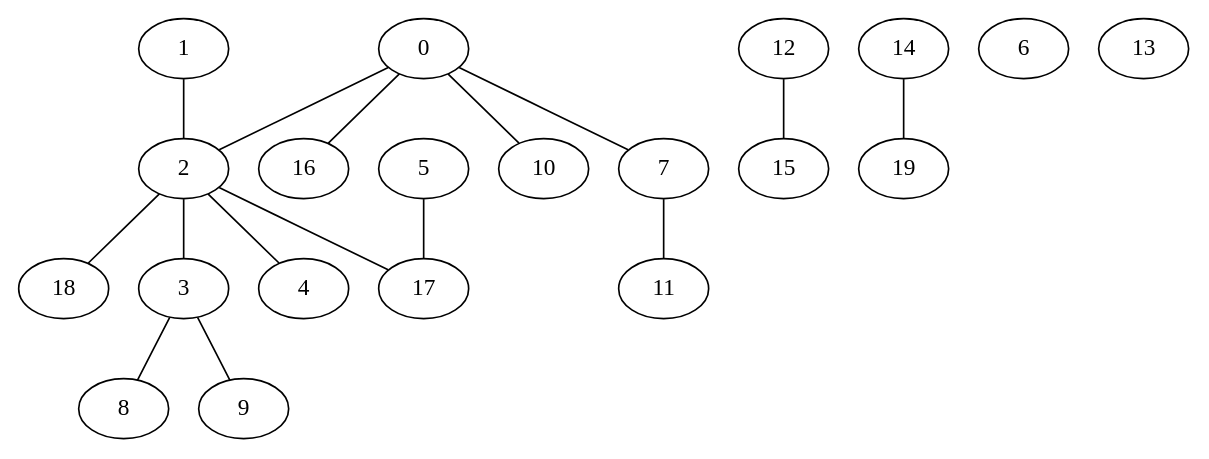
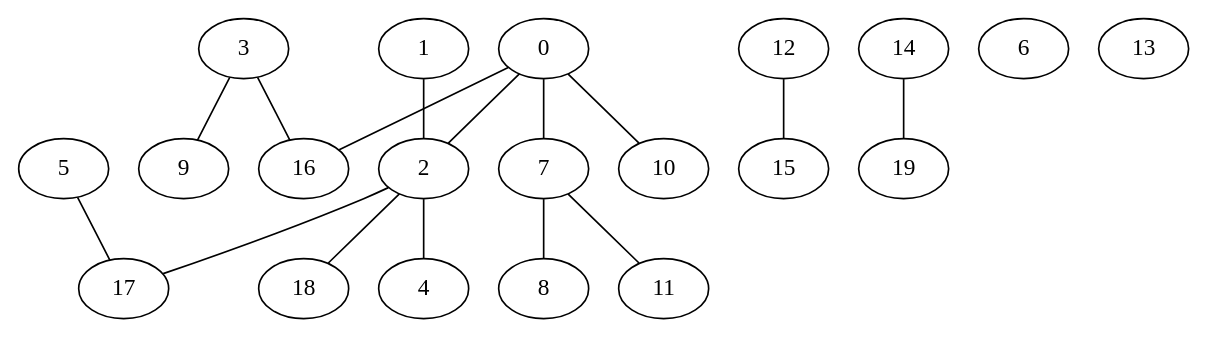
One commit to corentinckf/projetZ1 changed the diagram in partition/mathieu/graph.dot. Above: the diagram before and after it, drawn with Graphviz. The commit also changed 10 other files, not shown here.

```diff
--- a/partition/mathieu/graph.dot
+++ b/partition/mathieu/graph.dot
@@ -1,37 +1,37 @@
 graph { 
 	0--2
+	5--17
+	12--15
+	2--17
+	1--2
+	3--16
+	0--16
+	7--11
+	7--8
+	2--4
 	0--7
+	2--18
+	3--9
 	0--10
-	0--16
-	1--2
-	2--3
-	2--4
-	2--17
-	2--18
-	3--8
-	3--9
-	5--17
-	7--11
-	12--15
 	14--19
 	0
 	1
 	2
 	3
 	4
 	5
 	6
 	7
 	8
 	9
 	10
 	11
 	12
 	13
 	14
 	15
 	16
 	17
 	18
 	19
 } 
```
